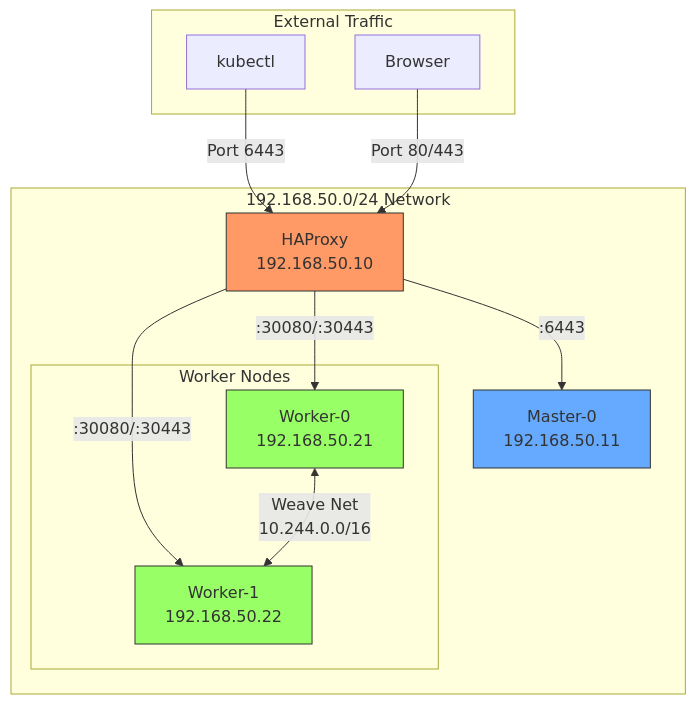
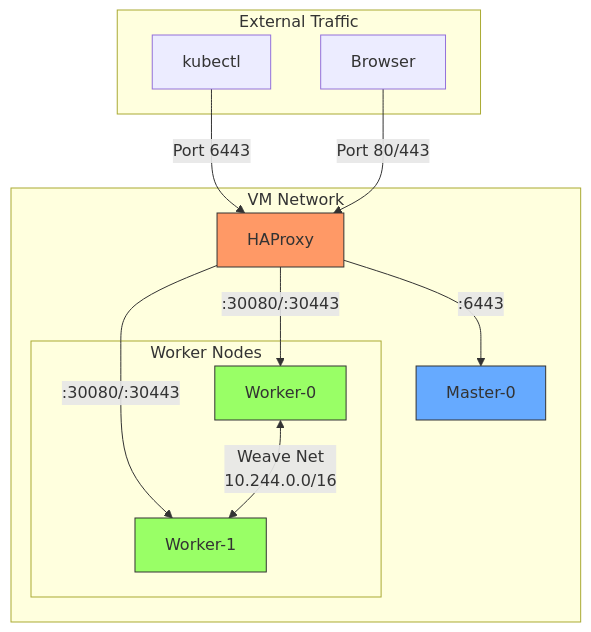
One commit to TorinKS/kse-labs changed the fourth of 6 diagrams in prepare-local-k8s/docs/architecture.md. Above: the diagram before and after it, drawn with Mermaid. The commit also changed other lines of this file and 3 other files, not shown here.

````diff
--- a/prepare-local-k8s/docs/architecture.md
+++ b/prepare-local-k8s/docs/architecture.md
@@ -299,29 +301,29 @@
 ```mermaid
 flowchart TB
     subgraph external["External Traffic"]
         kubectl["kubectl"]
         browser["Browser"]
     end
 
-    kubectl -->|"Port 6443"| haproxy["HAProxy<br/>192.168.50.10"]
+    kubectl -->|"Port 6443"| haproxy["HAProxy"]
     browser -->|"Port 80/443"| haproxy
 
-    subgraph cluster["192.168.50.0/24 Network"]
-        haproxy -->|":6443"| master0["Master-0<br/>192.168.50.11"]
+    subgraph cluster["VM Network"]
+        haproxy -->|":6443"| master0["Master-0"]
 
         haproxy -->|":30080/:30443"| worker0
         haproxy -->|":30080/:30443"| worker1
 
         subgraph workers["Worker Nodes"]
-            worker0["Worker-0<br/>192.168.50.21"]
-            worker1["Worker-1<br/>192.168.50.22"]
+            worker0["Worker-0"]
+            worker1["Worker-1"]
         end
 
         worker0 <-->|"Weave Net<br/>10.244.0.0/16"| worker1
     end
 
     style haproxy fill:#f96,stroke:#333
     style master0 fill:#6af,stroke:#333
     style worker0 fill:#9f6,stroke:#333
     style worker1 fill:#9f6,stroke:#333
 ```
````
